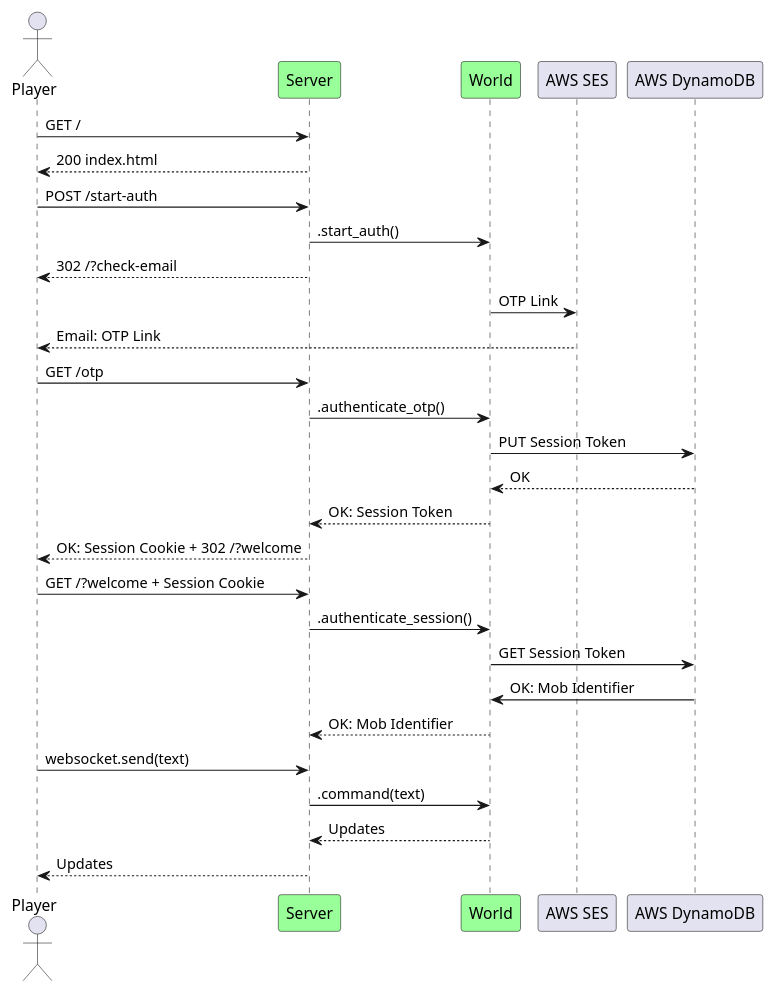
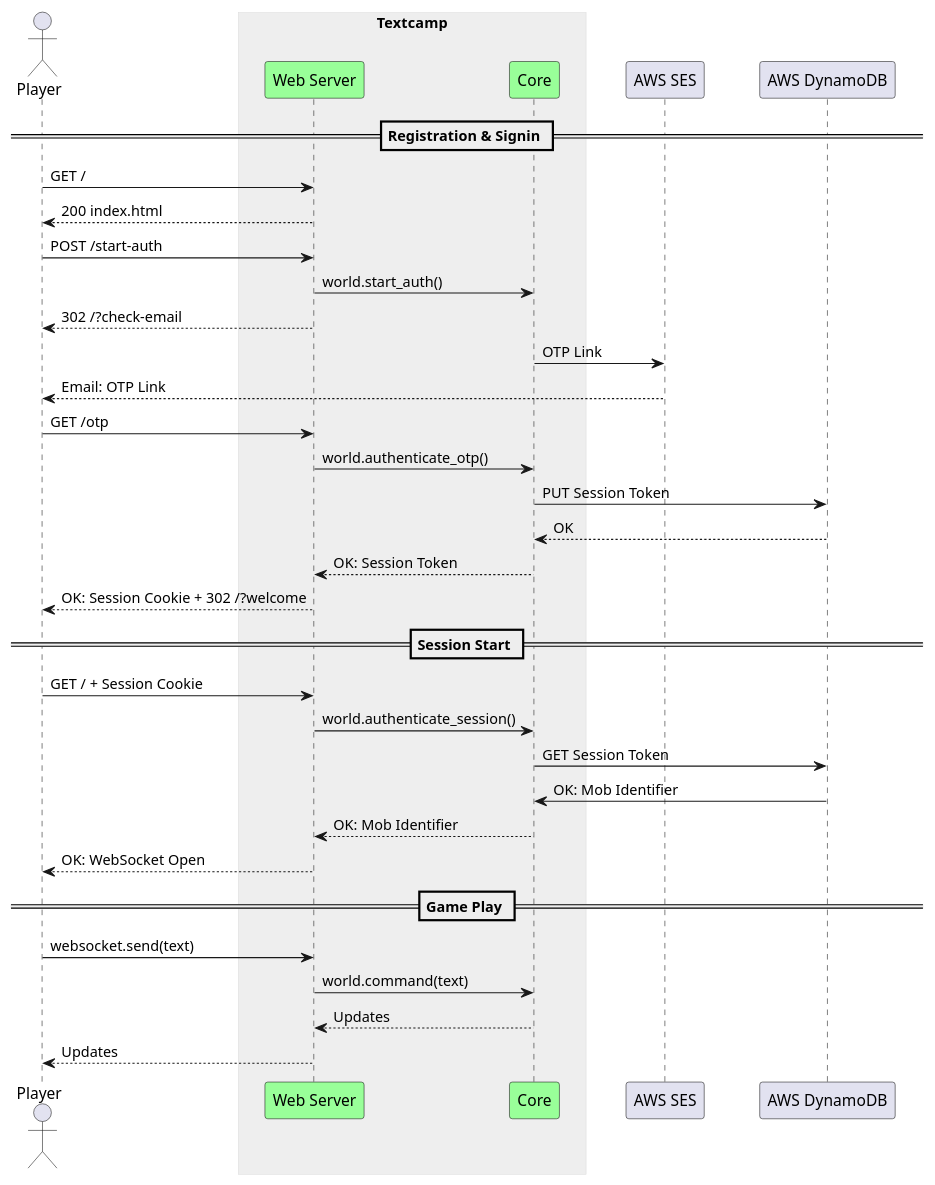
The diagram in figures/auth-flow.puml (textcamp/textcamp), drawn with PlantUML before and after one commit. The commit also changed 1 other file, not shown here.

```diff
--- a/figures/auth-flow.puml
+++ b/figures/auth-flow.puml
@@ -1,27 +1,48 @@
 @startuml auth-flow
-actor Player
-participant Server #99FF99
-participant World #99FF99
-Player -> Server: GET /
-Server --> Player: 200 index.html
-Player -> Server: POST /start-auth
-Server -> World: .start_auth()
-Server --> Player: 302 /?check-email
-World -> "AWS SES": OTP Link
-"AWS SES" --> Player: Email: OTP Link
-Player -> Server: GET /otp
-Server -> World: .authenticate_otp()
-World -> "AWS DynamoDB": PUT Session Token
-"AWS DynamoDB" --> World: OK
-World --> Server: OK: Session Token
-Server --> Player: OK: Session Cookie + 302 /?welcome
-Player -> Server: GET /?welcome + Session Cookie
-Server -> World: .authenticate_session()
-World -> "AWS DynamoDB": GET Session Token
-"AWS DynamoDB" -> World: OK: Mob Identifier
-World --> Server: OK: Mob Identifier
-Player -> Server: websocket.send(text)
-Server -> World: .command(text)
-World --> Server: Updates
-Server --> Player: Updates
+skinparam ParticipantPadding 20
+skinparam BoxPadding 10
+skinparam SequenceBoxBackgroundColor #EEEEEE
+skinparam SequenceBoxBorderColor #DDDDDD
+
+actor Player as P
+
+box Textcamp
+participant "Web Server" as WS #99FF99
+participant Core #99FF99
+end box
+
+participant "AWS SES" as SES
+participant "AWS DynamoDB" as DBD
+
+== Registration & Signin ==
+
+P -> WS: GET /
+WS --> P: 200 index.html
+P -> WS: POST /start-auth
+WS -> Core: world.start_auth()
+WS --> P: 302 /?check-email
+Core -> SES: OTP Link
+SES --> P: Email: OTP Link
+P -> WS: GET /otp
+WS -> Core: world.authenticate_otp()
+Core -> DBD: PUT Session Token
+DBD --> Core: OK
+Core --> WS: OK: Session Token
+WS --> P: OK: Session Cookie + 302 /?welcome
+
+== Session Start ==
+
+P -> WS: GET / + Session Cookie
+WS -> Core: world.authenticate_session()
+Core -> DBD: GET Session Token
+DBD -> Core: OK: Mob Identifier
+Core --> WS: OK: Mob Identifier
+WS --> P: OK: WebSocket Open
+
+== Game Play ==
+
+P -> WS: websocket.send(text)
+WS -> Core: world.command(text)
+Core --> WS: Updates
+WS --> P: Updates
 @enduml
```
